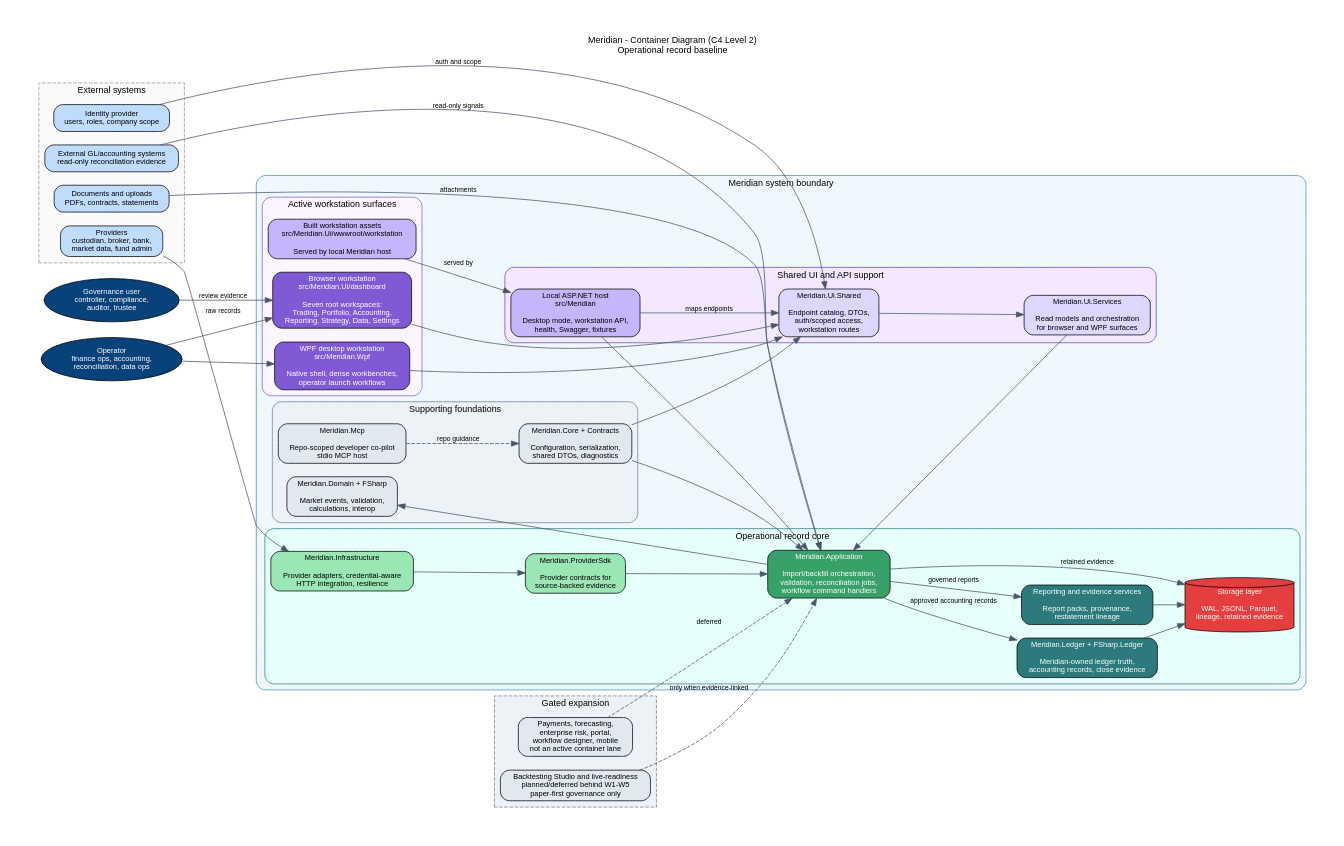
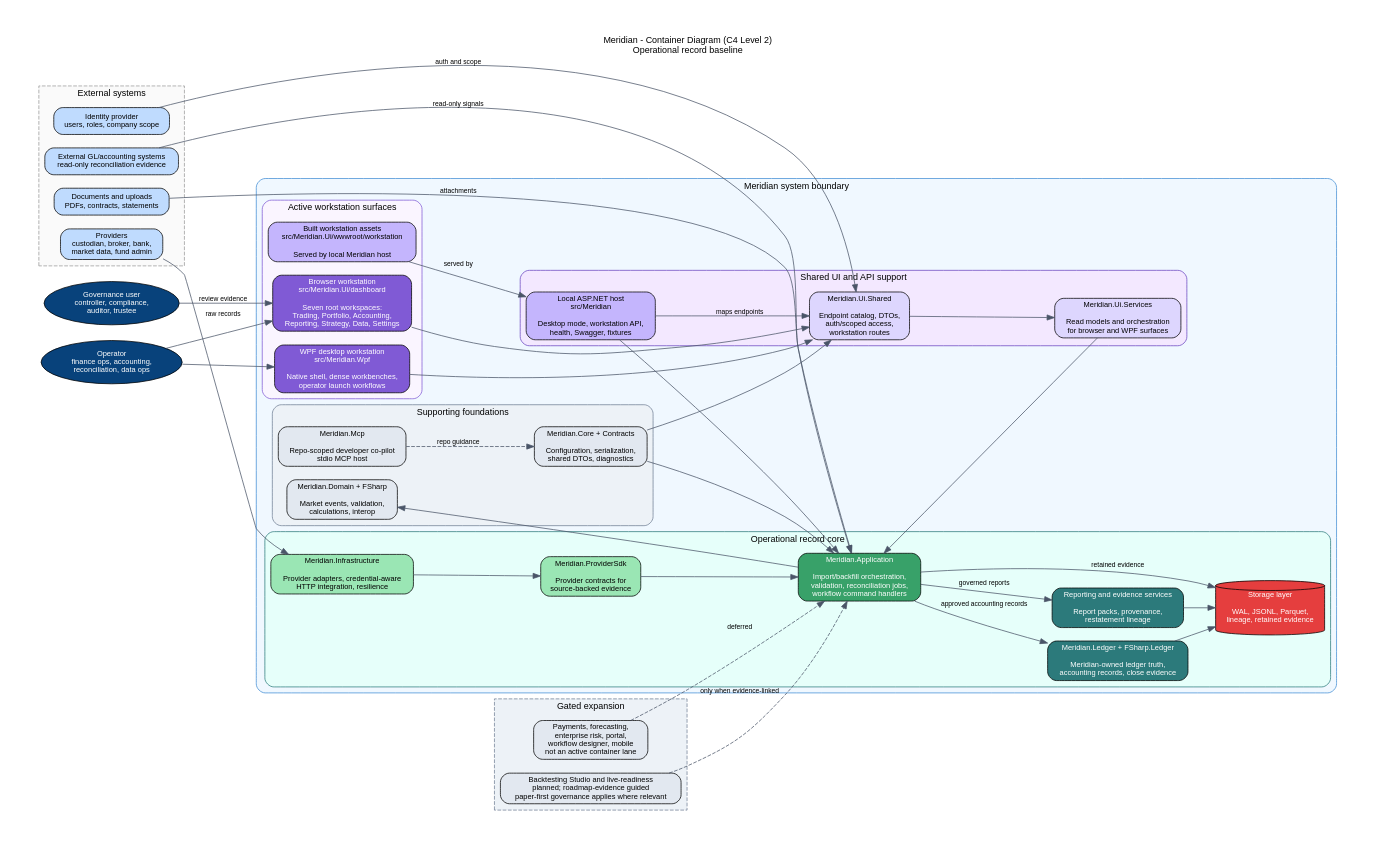
One commit to rodoHasArrived/Meridian-main changed the diagram in docs/diagrams/architecture/c4/c4-level2-containers.dot. Above: the diagram before and after it, drawn with Graphviz. The commit also changed 131 other files, not shown here.

```diff
--- a/docs/diagrams/architecture/c4/c4-level2-containers.dot
+++ b/docs/diagrams/architecture/c4/c4-level2-containers.dot
@@ -1,150 +1,150 @@
 // C4 Level 2: Container Diagram
 // Meridian current project stance
 // Last Updated: 2026-06-10
 //
 // This diagram shows the deployable and shared containers that support the
 // W1-W5 operational record baseline.
 
 digraph C4_Containers {
   rankdir=LR;
   graph [fontname="Helvetica", fontsize=12, bgcolor="white", compound=true, pad=0.5];
   node  [fontname="Helvetica", fontsize=10, shape=box, style="rounded,filled"];
   edge  [fontname="Helvetica", fontsize=9, color="#4a5568"];
 
   labelloc="t";
   label="Meridian - Container Diagram (C4 Level 2)\nOperational record baseline";
 
   OPERATOR [shape=oval, fillcolor="#08427b", fontcolor="white",
     label="Operator\nfinance ops, accounting,\nreconciliation, data ops"];
   GOVERNANCE [shape=oval, fillcolor="#08427b", fontcolor="white",
     label="Governance user\ncontroller, compliance,\nauditor, trustee"];
 
   subgraph cluster_meridian {
     label="Meridian system boundary";
     color="#438dd5";
     style="rounded";
     bgcolor="#f0f8ff";
 
     subgraph cluster_surfaces {
       label="Active workstation surfaces";
       color="#805ad5";
       style="rounded";
       bgcolor="#faf5ff";
 
       BROWSER [fillcolor="#805ad5", fontcolor="white",
         label="Browser workstation\nsrc/Meridian.Ui/dashboard\n\nSeven root workspaces:\nTrading, Portfolio, Accounting,\nReporting, Strategy, Data, Settings"];
       STATIC_ASSETS [fillcolor="#c4b5fd",
         label="Built workstation assets\nsrc/Meridian.Ui/wwwroot/workstation\n\nServed by local Meridian host"];
       WPF [fillcolor="#805ad5", fontcolor="white",
         label="WPF desktop workstation\nsrc/Meridian.Wpf\n\nNative shell, dense workbenches,\noperator launch workflows"];
     }
 
     subgraph cluster_shared_ui {
       label="Shared UI and API support";
       color="#6b46c1";
       style="rounded";
       bgcolor="#f3e8ff";
 
       UI_SHARED [fillcolor="#ddd6fe",
         label="Meridian.Ui.Shared\n\nEndpoint catalog, DTOs,\nauth/scoped access,\nworkstation routes"];
       UI_SERVICES [fillcolor="#ddd6fe",
         label="Meridian.Ui.Services\n\nRead models and orchestration\nfor browser and WPF surfaces"];
       LOCAL_HOST [fillcolor="#c4b5fd",
         label="Local ASP.NET host\nsrc/Meridian\n\nDesktop mode, workstation API,\nhealth, Swagger, fixtures"];
     }
 
     subgraph cluster_operational_core {
       label="Operational record core";
       color="#2c7a7b";
       style="rounded";
       bgcolor="#e6fffa";
 
       APPLICATION [fillcolor="#38a169", fontcolor="white",
         label="Meridian.Application\n\nImport/backfill orchestration,\nvalidation, reconciliation jobs,\nworkflow command handlers"];
       PROVIDER_SDK [fillcolor="#9ae6b4",
         label="Meridian.ProviderSdk\n\nProvider contracts for\nsource-backed evidence"];
       INFRA [fillcolor="#9ae6b4",
         label="Meridian.Infrastructure\n\nProvider adapters, credential-aware\nHTTP integration, resilience"];
       LEDGER [fillcolor="#2c7a7b", fontcolor="white",
         label="Meridian.Ledger + FSharp.Ledger\n\nMeridian-owned ledger truth,\naccounting records, close evidence"];
       REPORTING [fillcolor="#2c7a7b", fontcolor="white",
         label="Reporting and evidence services\n\nReport packs, provenance,\nrestatement lineage"];
       STORAGE [shape=cylinder, fillcolor="#e53e3e", fontcolor="white",
         label="Storage layer\n\nWAL, JSONL, Parquet,\nlineage, retained evidence"];
     }
 
     subgraph cluster_supporting {
       label="Supporting foundations";
       color="#718096";
       style="rounded";
       bgcolor="#edf2f7";
 
       CORE [fillcolor="#e2e8f0",
         label="Meridian.Core + Contracts\n\nConfiguration, serialization,\nshared DTOs, diagnostics"];
       DOMAIN [fillcolor="#e2e8f0",
         label="Meridian.Domain + FSharp\n\nMarket events, validation,\ncalculations, interop"];
       MCP [fillcolor="#e2e8f0",
         label="Meridian.Mcp\n\nRepo-scoped developer co-pilot\nstdio MCP host"];
     }
   }
 
   subgraph cluster_external {
     label="External systems";
     color="#999999";
     style="dashed";
     bgcolor="#fafafa";
 
     PROVIDERS [fillcolor="#bfdbfe",
       label="Providers\ncustodian, broker, bank,\nmarket data, fund admin"];
     ACCOUNTING [fillcolor="#bfdbfe",
       label="External GL/accounting systems\nread-only reconciliation evidence"];
     DOCUMENTS [fillcolor="#bfdbfe",
       label="Documents and uploads\nPDFs, contracts, statements"];
     IDENTITY [fillcolor="#bfdbfe",
       label="Identity provider\nusers, roles, company scope"];
   }
 
   subgraph cluster_deferred {
     label="Gated expansion";
     color="#718096";
     style="dashed";
     bgcolor="#edf2f7";
 
     BACKTESTING [fillcolor="#e2e8f0",
-      label="Backtesting Studio and live-readiness\nplanned/deferred behind W1-W5\npaper-first governance only"];
+      label="Backtesting Studio and live-readiness\nplanned; roadmap-evidence guided\npaper-first governance applies where relevant"];
     SCALEOUT [fillcolor="#e2e8f0",
       label="Payments, forecasting,\nenterprise risk, portal,\nworkflow designer, mobile\nnot an active container lane"];
   }
 
   OPERATOR -> BROWSER;
   OPERATOR -> WPF;
   GOVERNANCE -> BROWSER [label="review evidence"];
 
   BROWSER -> UI_SHARED;
   WPF -> UI_SHARED;
   STATIC_ASSETS -> LOCAL_HOST [label="served by"];
   UI_SHARED -> UI_SERVICES;
   UI_SERVICES -> APPLICATION;
   LOCAL_HOST -> UI_SHARED [label="maps endpoints"];
   LOCAL_HOST -> APPLICATION;
 
   PROVIDERS -> INFRA [label="raw records"];
   INFRA -> PROVIDER_SDK;
   PROVIDER_SDK -> APPLICATION;
   DOCUMENTS -> APPLICATION [label="attachments"];
   ACCOUNTING -> APPLICATION [label="read-only signals"];
   IDENTITY -> UI_SHARED [label="auth and scope"];
 
   APPLICATION -> DOMAIN;
   APPLICATION -> LEDGER [label="approved accounting records"];
   APPLICATION -> REPORTING [label="governed reports"];
   APPLICATION -> STORAGE [label="retained evidence"];
   LEDGER -> STORAGE;
   REPORTING -> STORAGE;
   CORE -> APPLICATION;
   CORE -> UI_SHARED;
   MCP -> CORE [style=dashed, label="repo guidance"];
 
   BACKTESTING -> APPLICATION [style=dashed, label="only when evidence-linked"];
   SCALEOUT -> APPLICATION [style=dashed, label="deferred"];
 }
```
